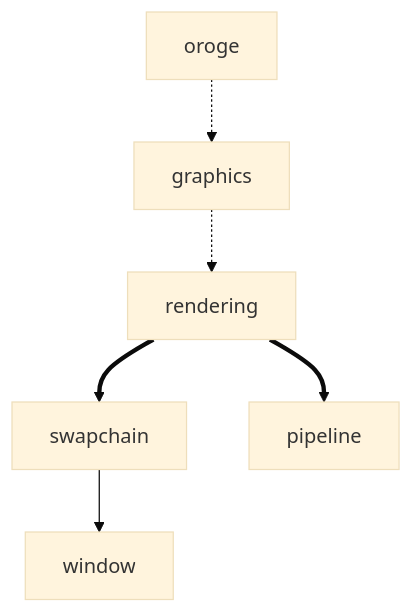
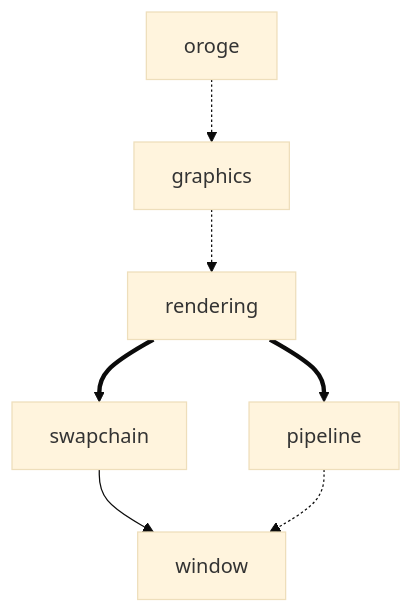
The diagram in docs/ARCHITECTURE.md (Tengu712/orge), drawn with Mermaid (base theme) before and after one commit. The commit also changed 17 other files, not shown here.

````diff
--- a/docs/ARCHITECTURE.md
+++ b/docs/ARCHITECTURE.md
@@ -5,8 +5,9 @@
 ```mermaid
 graph TD
     oroge -.-> graphics
     graphics -.-> rendering
     rendering ==> swapchain
     rendering ==> pipeline
     swapchain --> window
+    pipeline -.-> window
 ```
````
